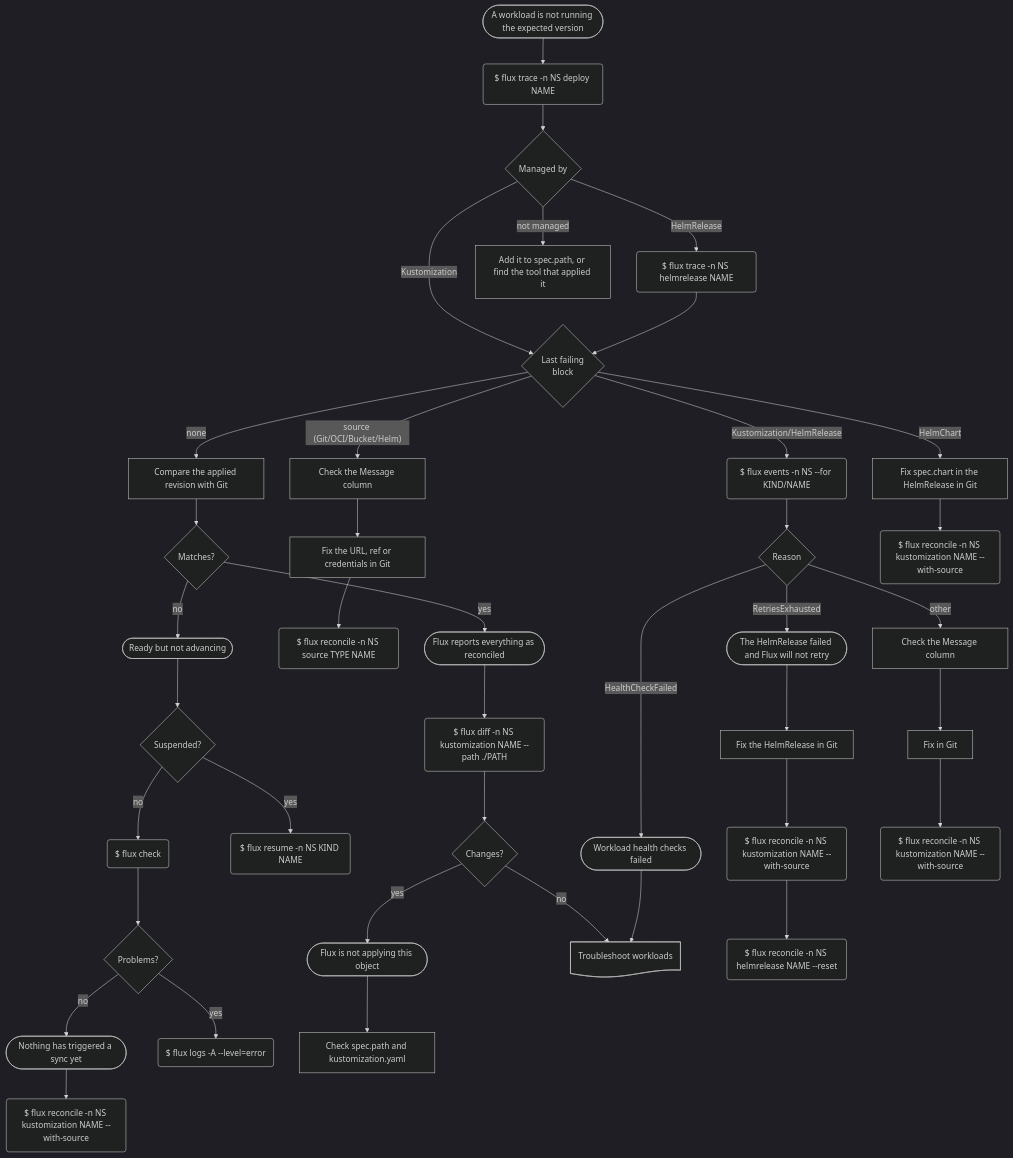
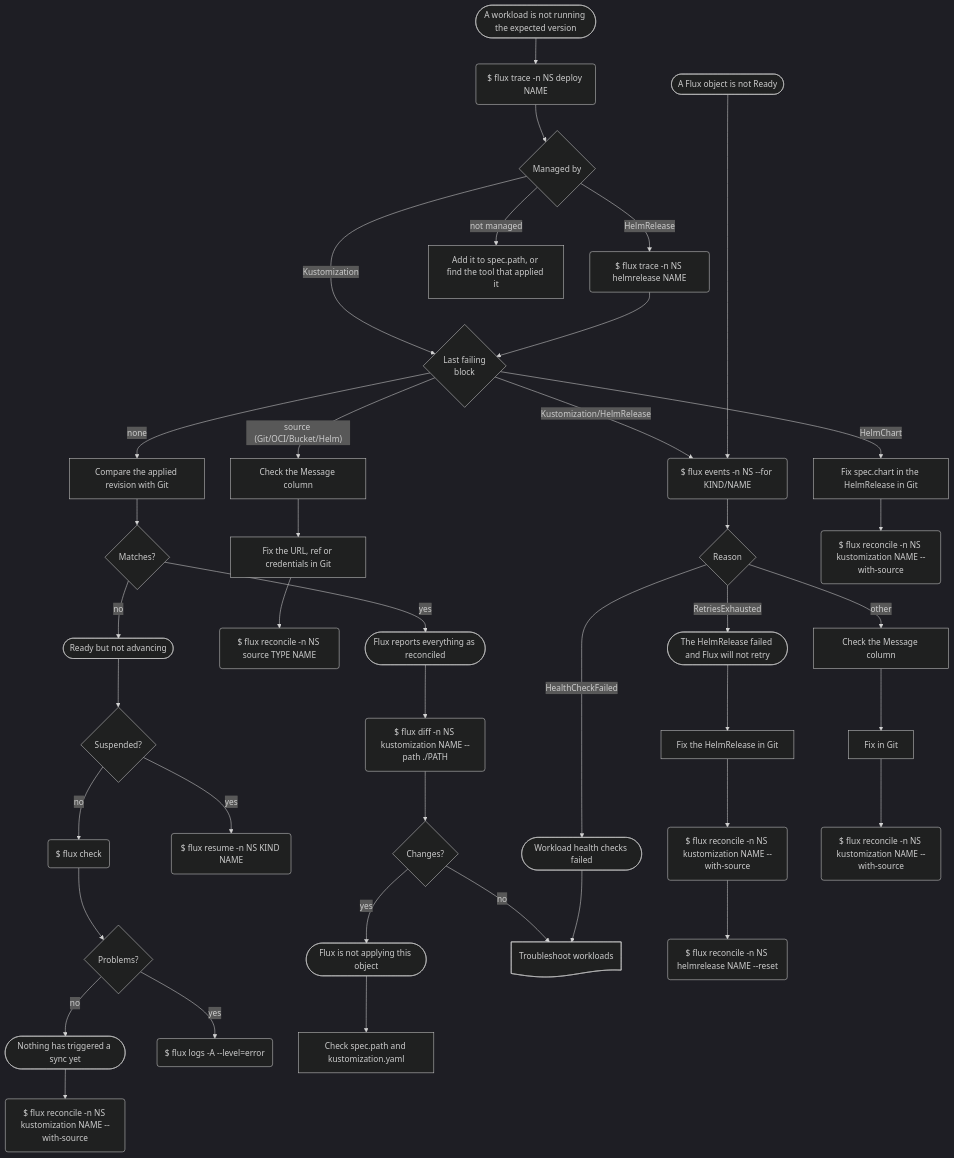
The diagram in diagrams/flux.mmd (nth-root/flowcharts), drawn with Mermaid (dark theme) before and after one commit.

Commit message:
Add "A Flux object is not Ready" as a new entrypoint

```diff
--- a/diagrams/flux.mmd
+++ b/diagrams/flux.mmd
@@ -1,40 +1,46 @@
 %% SPDX-FileCopyrightText: 2026 Nth Root Software Consultancy
 %% SPDX-License-Identifier: CC-BY-4.0
 
 flowchart TD
     Reported([A workload is not running the expected version]):::situation --> Trace
     Trace($ flux trace -n NS deploy NAME):::cmd
 
     Trace --> Owned{Managed by}:::choice
+
+    NotReady([A Flux object is not Ready]):::situation
+    NotReady ~~~ Owned
 
     Owned -->|Kustomization| FailingObject{Last failing<br>block}:::choice
     Owned -->|HelmRelease| TraceHelmRelease($ flux trace -n NS helmrelease NAME):::cmd --> FailingObject
     Owned -->|not managed| Unmanaged[Add it to spec.path, or find the tool that applied it]
 
     FailingObject -->|none| CheckRevision[Compare the applied revision with Git]
 
     CheckRevision --> Matches{Matches?}:::choice
     Matches -->|no| NotAdvancing([Ready but not advancing]):::situation
 
     NotAdvancing --> Suspended{Suspended?}:::choice
     Suspended -->|no| FluxCheck($ flux check):::cmd --> FluxUnhealthy{Problems?}:::choice
     Suspended -->|yes| Resume($ flux resume -n NS KIND NAME):::cmd
 
+    Resume ~~~ FluxUnhealthy
+
     FluxUnhealthy -->|no| NoSyncTriggered([Nothing has triggered a sync yet]):::situation --> ReconcileStale($ flux reconcile -n NS kustomization NAME --with-source):::cmd
     FluxUnhealthy -->|yes| FluxLogs($ flux logs -A --level=error):::cmd
 
     FailingObject -->|"source (Git/OCI/Bucket/Helm)"| NonReadySource[Check the Message column]
     NonReadySource --> FixSource[Fix the URL, ref or credentials in Git] --> ReconcileSource($ flux reconcile -n NS source TYPE NAME):::cmd
 
     FailingObject -->|Kustomization/HelmRelease| GetEvents($ flux events -n NS --for KIND/NAME):::cmd
 
     Matches -->|yes| Reconciled([Flux reports everything as reconciled]):::situation --> DiffKustomization($ flux diff -n NS kustomization NAME --path ./PATH):::cmd --> Changes{Changes?}:::choice
     Changes -->|yes| NotApplied([Flux is not applying this object]):::situation --> CheckKustomization[Check spec.path and kustomization.yaml]
     Changes -->|no| CheckPodIssues:::ref@{ shape: doc, label: "Troubleshoot workloads" }
 
+    NotReady --> GetEvents
     GetEvents --> Reason{Reason}:::choice
     Reason -->|RetriesExhausted| RetriesExhausted([The HelmRelease failed and Flux will not retry]):::situation --> FixHelmRelease[Fix the HelmRelease in Git] --> ReconcileHelmKustomization("$ flux reconcile -n NS kustomization NAME --with-source"):::cmd --> ReconcileHelmRelease("$ flux reconcile -n NS helmrelease NAME --reset"):::cmd
     Reason -->|HealthCheckFailed| HealthCheckFailed([Workload health checks failed]):::situation --> CheckPodIssues
     Reason -->|other| CheckMessage[Check the Message column] --> FixIssue[Fix in Git] --> Reconcile($ flux reconcile -n NS kustomization NAME --with-source):::cmd
 
     FailingObject -->|HelmChart| FixChart[Fix spec.chart in the HelmRelease in Git] --> ReconcileChart($ flux reconcile -n NS kustomization NAME --with-source):::cmd
```
